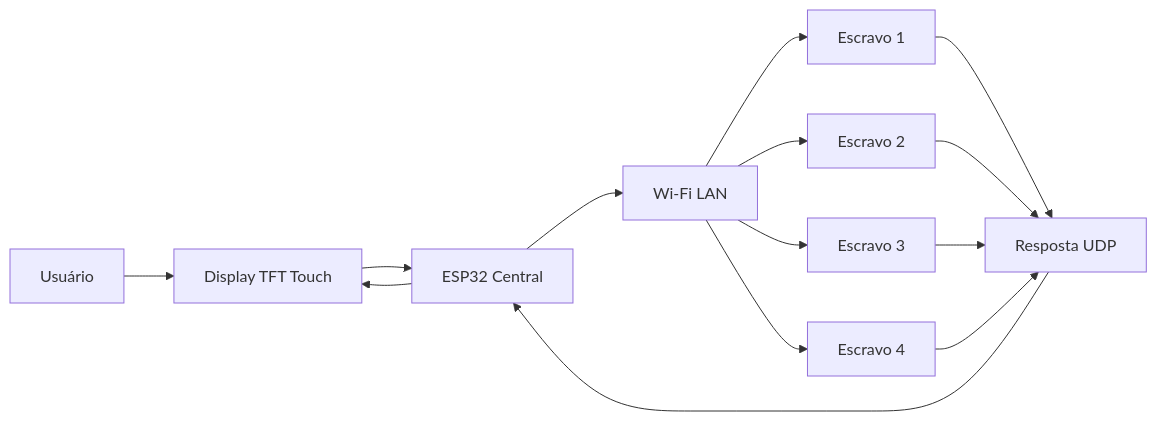
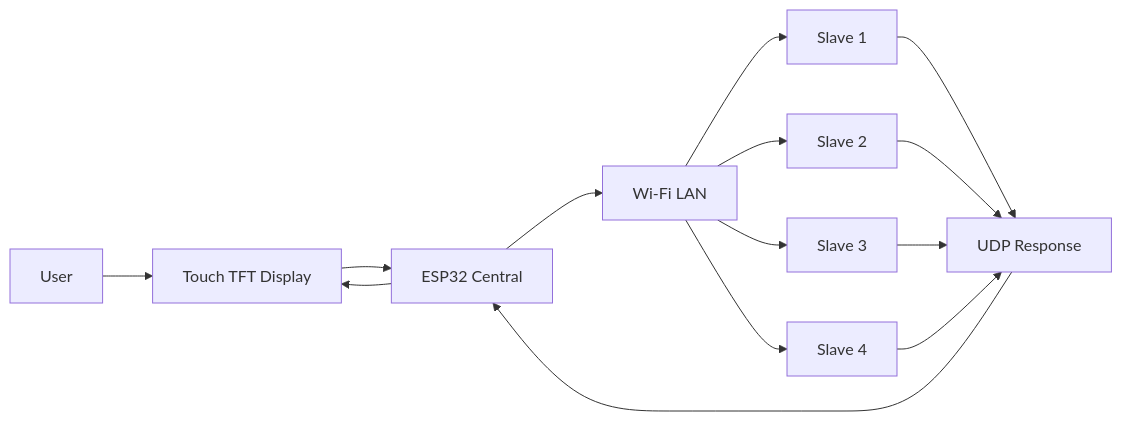
Before and after one commit to paulocfmarques-collab/esp32_central: the diagram in README.md, drawn with Mermaid. The commit also changed other lines of this file, not shown here.

````diff
--- a/README.md
+++ b/README.md
@@ -60,19 +111,19 @@
 ```mermaid
 graph LR
-    A[Usuário] --> B[Display TFT Touch]
-    B --> C[ESP32 Central]
-    C --> D[Wi‑Fi LAN]
+    U[User] --> T[Touch TFT Display]
+    T --> C[ESP32 Central]
+    C --> W[Wi-Fi LAN]
 
-    D --> E[Escravo 1]
-    D --> F[Escravo 2]
-    D --> G[Escravo 3]
-    D --> H[Escravo 4]
+    W --> S1[Slave 1]
+    W --> S2[Slave 2]
+    W --> S3[Slave 3]
+    W --> S4[Slave 4]
 
-    E --> I[Resposta UDP]
-    F --> I
-    G --> I
-    H --> I
+    S1 --> R[UDP Response]
+    S2 --> R
+    S3 --> R
+    S4 --> R
 
-    I --> C
-    C --> B
+    R --> C
+    C --> T
 ```
````
